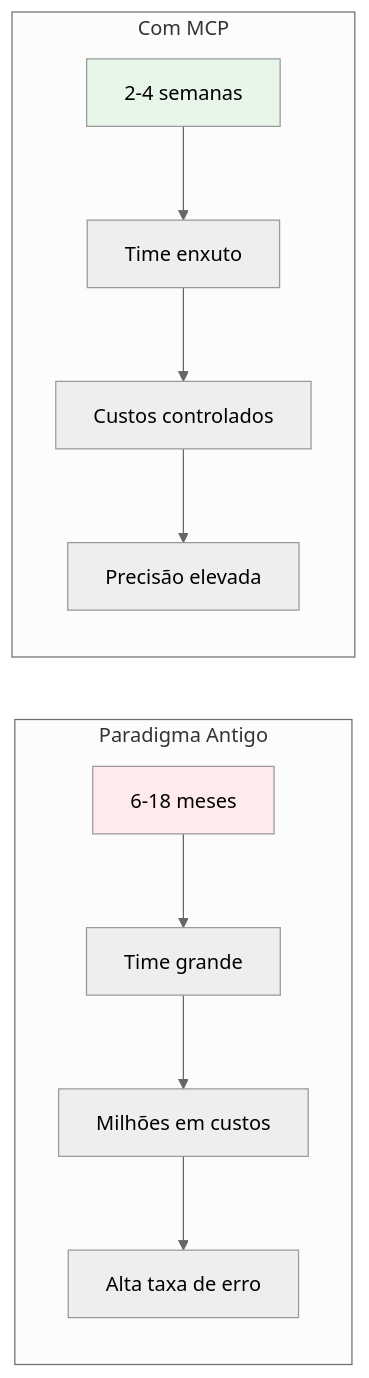
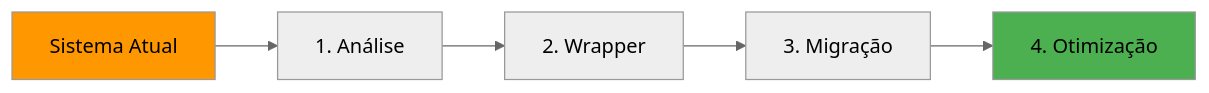
Before and after one commit to felipepimentel/my-public-notes: diagram 11 of 19 in AI/Comunicação/MCP/00-mcp-presentation-zero to hero.md, drawn with Mermaid (neutral theme). The commit also changed other lines of this file, not shown here.

````diff
--- a/AI/Comunicação/MCP/00-mcp-presentation-zero to hero.md
+++ b/AI/Comunicação/MCP/00-mcp-presentation-zero to hero.md
@@ -165,17 +405,10 @@
 ```mermaid
 graph LR
-    subgraph "Paradigma Antigo"
-        OLD1[6-18 meses] --> OLD2[Time grande]
-        OLD2 --> OLD3[Milhões em custos]
-        OLD3 --> OLD4[Alta taxa de erro]
-    end
+    CURRENT[Sistema Atual] --> ANALYZE[1. Análise]
+    ANALYZE --> WRAP[2. Wrapper]
+    WRAP --> MIGRATE[3. Migração]
+    MIGRATE --> OPTIMIZE[4. Otimização]
     
-    subgraph "Com MCP"
-        NEW1[2-4 semanas] --> NEW2[Time enxuto]
-        NEW2 --> NEW3[Custos controlados]
-        NEW3 --> NEW4[Precisão elevada]
-    end
-    
-    style OLD1 fill:#ffebee
-    style NEW1 fill:#e8f5e9
+    style CURRENT fill:#ff9800
+    style OPTIMIZE fill:#4CAF50
 ```
````
